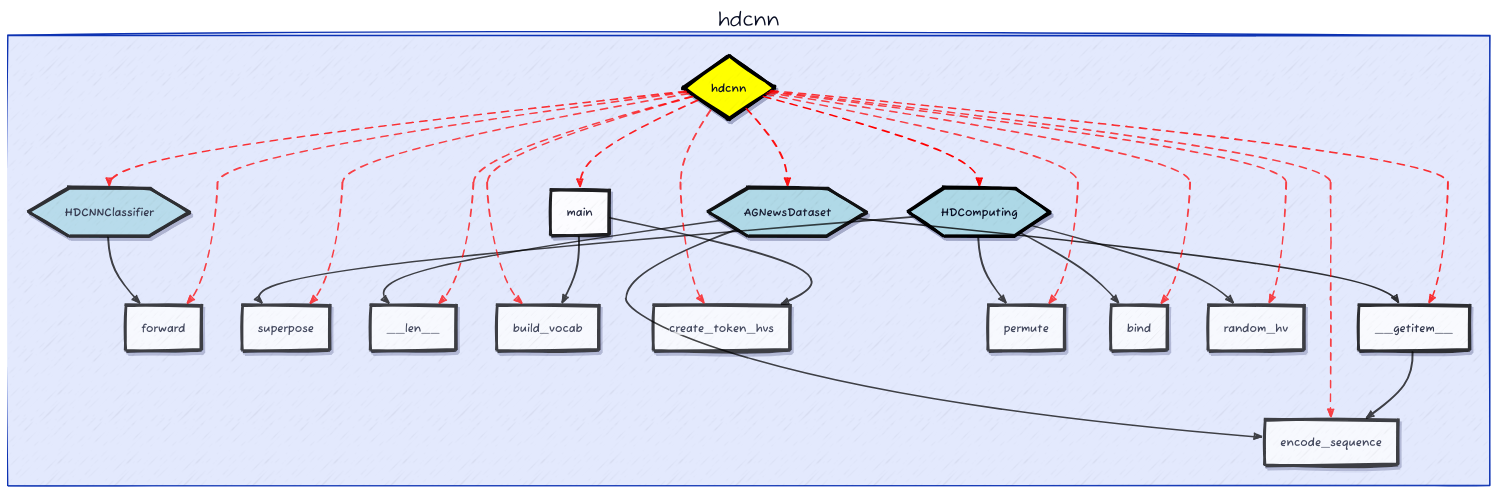
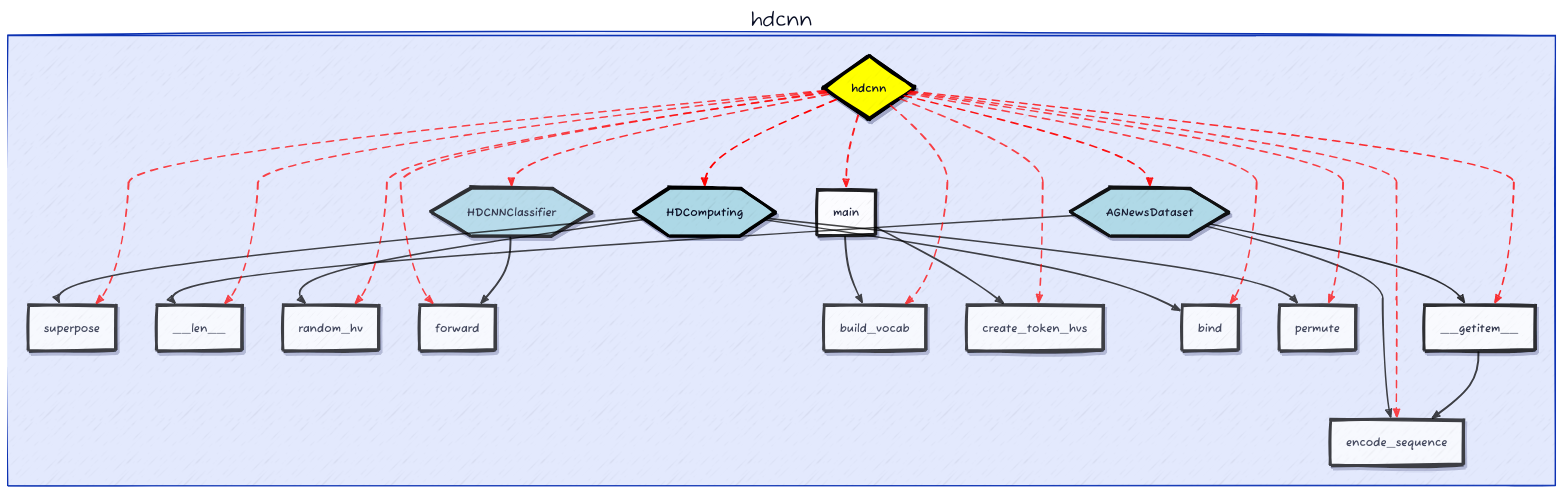
Before and after one commit to fangyuan-ksgk/heuristic-search: the diagram in eoh/d2_output/dag.d2, drawn with D2. The commit also changed other lines of this file and 16 other files, not shown here.

```diff
--- a/eoh/d2_output/dag.d2
+++ b/eoh/d2_output/dag.d2
@@ -35,31 +35,11 @@
     }
   }
 }
-hdcnn.HDCNNClassifier.class: class
-hdcnn.HDCNNClassifier.label: "HDCNNClassifier"
-hdcnn.HDCNNClassifier: {
+hdcnn.main.class: function
+hdcnn.main.label: "main"
+hdcnn.main: {
   style: {
-    opacity: 0.80
-    stroke: "black"
-    stroke-width: 4
-    shadow: true
-  }
-}
-hdcnn.forward.class: function
-hdcnn.forward.label: "forward"
-hdcnn.forward: {
-  style: {
-    opacity: 0.73
-    stroke: "black"
-    stroke-width: 4
-    shadow: true
-  }
-}
-hdcnn.HDComputing.class: class
-hdcnn.HDComputing.label: "HDComputing"
-hdcnn.HDComputing: {
-  style: {
-    opacity: 1.00
+    opacity: 0.87
     stroke: "black"
     stroke-width: 4
     shadow: true
@@ -85,9 +65,19 @@
     shadow: true
   }
 }
-hdcnn.build_vocab.class: function
-hdcnn.build_vocab.label: "build_vocab"
-hdcnn.build_vocab: {
+hdcnn.random_hv.class: function
+hdcnn.random_hv.label: "random_hv"
+hdcnn.random_hv: {
+  style: {
+    opacity: 0.73
+    stroke: "black"
+    stroke-width: 4
+    shadow: true
+  }
+}
+hdcnn.encode_sequence.class: function
+hdcnn.encode_sequence.label: "encode_sequence"
+hdcnn.encode_sequence: {
   style: {
     opacity: 0.73
     stroke: "black"
@@ -100,6 +90,66 @@
 hdcnn.AGNewsDataset: {
   style: {
     opacity: 0.93
+    stroke: "black"
+    stroke-width: 4
+    shadow: true
+  }
+}
+hdcnn.forward.class: function
+hdcnn.forward.label: "forward"
+hdcnn.forward: {
+  style: {
+    opacity: 0.73
+    stroke: "black"
+    stroke-width: 4
+    shadow: true
+  }
+}
+hdcnn.build_vocab.class: function
+hdcnn.build_vocab.label: "build_vocab"
+hdcnn.build_vocab: {
+  style: {
+    opacity: 0.73
+    stroke: "black"
+    stroke-width: 4
+    shadow: true
+  }
+}
+hdcnn.create_token_hvs.class: function
+hdcnn.create_token_hvs.label: "create_token_hvs"
+hdcnn.create_token_hvs: {
+  style: {
+    opacity: 0.73
+    stroke: "black"
+    stroke-width: 4
+    shadow: true
+  }
+}
+hdcnn.bind.class: function
+hdcnn.bind.label: "bind"
+hdcnn.bind: {
+  style: {
+    opacity: 0.73
+    stroke: "black"
+    stroke-width: 4
+    shadow: true
+  }
+}
+hdcnn.HDComputing.class: class
+hdcnn.HDComputing.label: "HDComputing"
+hdcnn.HDComputing: {
+  style: {
+    opacity: 1.00
+    stroke: "black"
+    stroke-width: 4
+    shadow: true
+  }
+}
+hdcnn.permute.class: function
+hdcnn.permute.label: "permute"
+hdcnn.permute: {
+  style: {
+    opacity: 0.73
     stroke: "black"
     stroke-width: 4
     shadow: true
@@ -125,72 +175,47 @@
     shadow: true
   }
 }
-hdcnn.create_token_hvs.class: function
-hdcnn.create_token_hvs.label: "create_token_hvs"
-hdcnn.create_token_hvs: {
+hdcnn.HDCNNClassifier.class: class
+hdcnn.HDCNNClassifier.label: "HDCNNClassifier"
+hdcnn.HDCNNClassifier: {
   style: {
-    opacity: 0.73
+    opacity: 0.80
     stroke: "black"
     stroke-width: 4
     shadow: true
   }
 }
-hdcnn.permute.class: function
-hdcnn.permute.label: "permute"
-hdcnn.permute: {
-  style: {
-    opacity: 0.73
-    stroke: "black"
-    stroke-width: 4
-    shadow: true
-  }
+hdcnn.main -> hdcnn.create_token_hvs: {
+  style.stroke: black
+  style.opacity: 0.73
+  style.stroke-width: 2
 }
-hdcnn.bind.class: function
-hdcnn.bind.label: "bind"
-hdcnn.bind: {
-  style: {
-    opacity: 0.73
-    stroke: "black"
-    stroke-width: 4
-    shadow: true
-  }
+hdcnn.main -> hdcnn.build_vocab: {
+  style.stroke: black
+  style.opacity: 0.73
+  style.stroke-width: 2
 }
-hdcnn.encode_sequence.class: function
-hdcnn.encode_sequence.label: "encode_sequence"
-hdcnn.encode_sequence: {
-  style: {
-    opacity: 0.73
-    stroke: "black"
-    stroke-width: 4
-    shadow: true
-  }
+hdcnn.AGNewsDataset -> hdcnn.__len__: {
+  style.stroke: black
+  style.opacity: 0.73
+  style.stroke-width: 2
 }
-hdcnn.random_hv.class: function
-hdcnn.random_hv.label: "random_hv"
-hdcnn.random_hv: {
-  style: {
-    opacity: 0.73
-    stroke: "black"
-    stroke-width: 4
-    shadow: true
-  }
+hdcnn.AGNewsDataset -> hdcnn.__getitem__: {
+  style.stroke: black
+  style.opacity: 0.80
+  style.stroke-width: 2
 }
-hdcnn.main.class: function
-hdcnn.main.label: "main"
-hdcnn.main: {
-  style: {
-    opacity: 0.87
-    stroke: "black"
-    stroke-width: 4
-    shadow: true
-  }
-}
-hdcnn.HDCNNClassifier -> hdcnn.forward: {
+hdcnn.AGNewsDataset -> hdcnn.encode_sequence: {
   style.stroke: black
   style.opacity: 0.73
   style.stroke-width: 2
 }
 hdcnn.HDComputing -> hdcnn.superpose: {
+  style.stroke: black
+  style.opacity: 0.73
+  style.stroke-width: 2
+}
+hdcnn.HDComputing -> hdcnn.bind: {
   style.stroke: black
   style.opacity: 0.73
   style.stroke-width: 2
@@ -205,43 +230,9 @@
   style.opacity: 0.73
   style.stroke-width: 2
 }
-hdcnn.HDComputing -> hdcnn.bind: {
-  style.stroke: black
-  style.opacity: 0.73
-  style.stroke-width: 2
-}
-hdcnn.AGNewsDataset -> hdcnn.__getitem__: {
-  style.stroke: black
-  style.opacity: 0.80
-  style.stroke-width: 2
-}
-hdcnn.AGNewsDataset -> hdcnn.encode_sequence: {
-  style.stroke: black
-  style.opacity: 0.73
-  style.stroke-width: 2
-}
-hdcnn.AGNewsDataset -> hdcnn.__len__: {
-  style.stroke: black
-  style.opacity: 0.73
-  style.stroke-width: 2
-}
-hdcnn.hdcnn -> hdcnn.HDCNNClassifier: {
+hdcnn.hdcnn -> hdcnn.main: {
   style.stroke: red
-  style.opacity: 0.80
-  style.stroke-width: 2
-  style.stroke-dash: 5
-  style.animated: true
-}
-hdcnn.hdcnn -> hdcnn.forward: {
-  style.stroke: red
-  style.opacity: 0.73
-  style.stroke-width: 2
-  style.stroke-dash: 5
-  style.animated: true
-}
-hdcnn.hdcnn -> hdcnn.HDComputing: {
-  style.stroke: red
-  style.opacity: 1.00
+  style.opacity: 0.87
   style.stroke-width: 2
   style.stroke-dash: 5
   style.animated: true
@@ -260,7 +251,14 @@
   style.stroke-dash: 5
   style.animated: true
 }
-hdcnn.hdcnn -> hdcnn.build_vocab: {
+hdcnn.hdcnn -> hdcnn.random_hv: {
+  style.stroke: red
+  style.opacity: 0.73
+  style.stroke-width: 2
+  style.stroke-dash: 5
+  style.animated: true
+}
+hdcnn.hdcnn -> hdcnn.encode_sequence: {
   style.stroke: red
   style.opacity: 0.73
   style.stroke-width: 2
@@ -274,21 +272,21 @@
   style.stroke-dash: 5
   style.animated: true
 }
-hdcnn.hdcnn -> hdcnn.__getitem__: {
-  style.stroke: red
-  style.opacity: 0.80
-  style.stroke-width: 2
-  style.stroke-dash: 5
-  style.animated: true
-}
-hdcnn.hdcnn -> hdcnn.create_token_hvs: {
+hdcnn.hdcnn -> hdcnn.forward: {
   style.stroke: red
   style.opacity: 0.73
   style.stroke-width: 2
   style.stroke-dash: 5
   style.animated: true
 }
-hdcnn.hdcnn -> hdcnn.permute: {
+hdcnn.hdcnn -> hdcnn.build_vocab: {
+  style.stroke: red
+  style.opacity: 0.73
+  style.stroke-width: 2
+  style.stroke-dash: 5
+  style.animated: true
+}
+hdcnn.hdcnn -> hdcnn.create_token_hvs: {
   style.stroke: red
   style.opacity: 0.73
   style.stroke-width: 2
@@ -302,23 +300,30 @@
   style.stroke-dash: 5
   style.animated: true
 }
-hdcnn.hdcnn -> hdcnn.encode_sequence: {
+hdcnn.hdcnn -> hdcnn.HDComputing: {
+  style.stroke: red
+  style.opacity: 1.00
+  style.stroke-width: 2
+  style.stroke-dash: 5
+  style.animated: true
+}
+hdcnn.hdcnn -> hdcnn.permute: {
   style.stroke: red
   style.opacity: 0.73
   style.stroke-width: 2
   style.stroke-dash: 5
   style.animated: true
 }
-hdcnn.hdcnn -> hdcnn.random_hv: {
+hdcnn.hdcnn -> hdcnn.HDCNNClassifier: {
   style.stroke: red
-  style.opacity: 0.73
+  style.opacity: 0.80
   style.stroke-width: 2
   style.stroke-dash: 5
   style.animated: true
 }
-hdcnn.hdcnn -> hdcnn.main: {
+hdcnn.hdcnn -> hdcnn.__getitem__: {
   style.stroke: red
-  style.opacity: 0.87
+  style.opacity: 0.80
   style.stroke-width: 2
   style.stroke-dash: 5
   style.animated: true
@@ -328,13 +333,8 @@
   style.opacity: 0.73
   style.stroke-width: 2
 }
-hdcnn.main -> hdcnn.create_token_hvs: {
+hdcnn.HDCNNClassifier -> hdcnn.forward: {
   style.stroke: black
   style.opacity: 0.73
   style.stroke-width: 2
 }
-hdcnn.main -> hdcnn.build_vocab: {
-  style.stroke: black
-  style.opacity: 0.73
-  style.stroke-width: 2
-}
```
